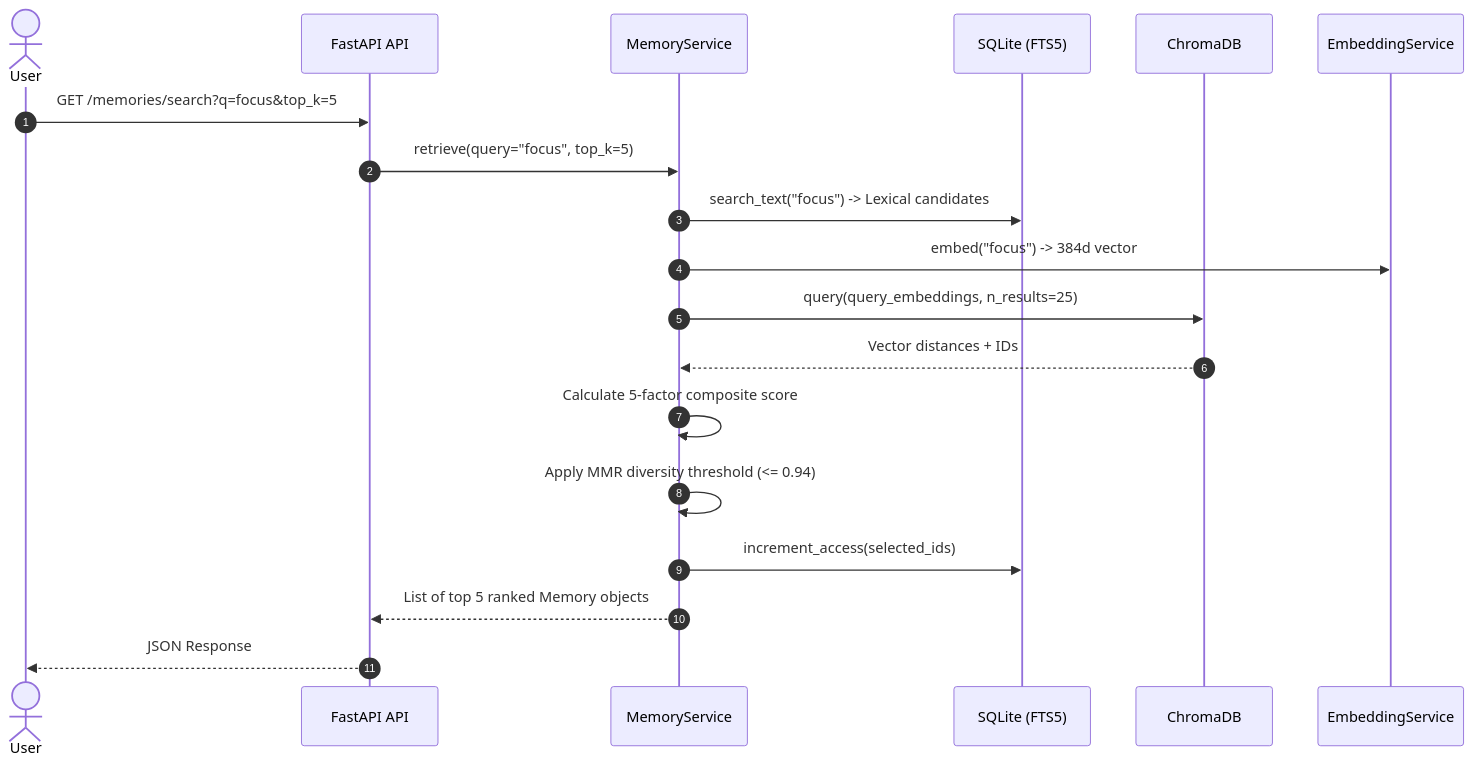
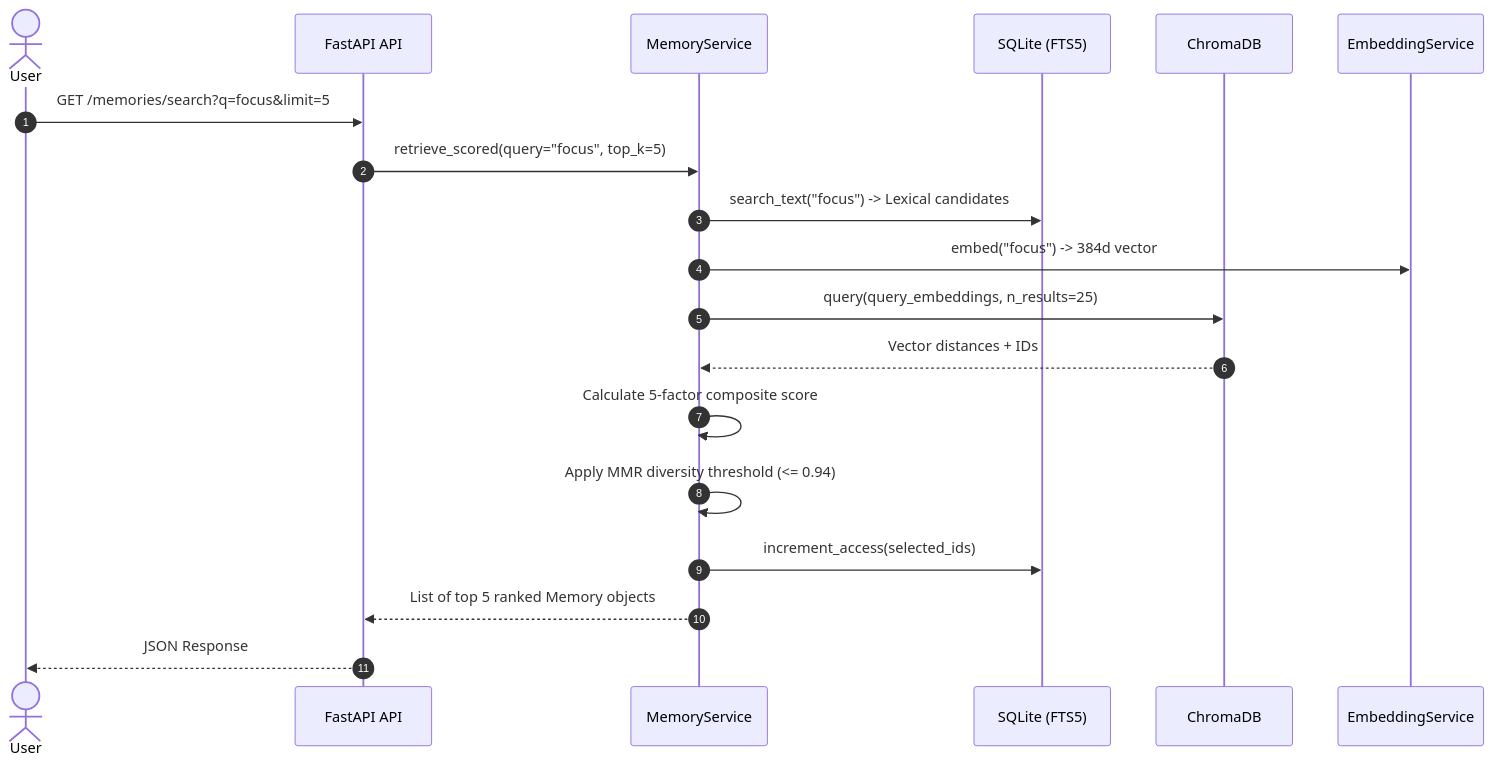
Before and after one commit to jegadeesh17/GoalOS: the second of 3 diagrams in docs/ARCHITECTURE_AND_SPECIFICATIONS.md, drawn with Mermaid. The commit also changed other lines of this file and 6 other files, not shown here.

````diff
--- a/docs/ARCHITECTURE_AND_SPECIFICATIONS.md
+++ b/docs/ARCHITECTURE_AND_SPECIFICATIONS.md
@@ -158,22 +161,22 @@
 ```mermaid
 sequenceDiagram
     autonumber
     actor User
     participant API as FastAPI API
     participant MS as MemoryService
     participant FTS as SQLite (FTS5)
     participant Chroma as ChromaDB
     participant Embed as EmbeddingService
 
-    User->>API: GET /memories/search?q=focus&top_k=5
-    API->>MS: retrieve(query="focus", top_k=5)
+    User->>API: GET /memories/search?q=focus&limit=5
+    API->>MS: retrieve_scored(query="focus", top_k=5)
     MS->>FTS: search_text("focus") -> Lexical candidates
     MS->>Embed: embed("focus") -> 384d vector
     MS->>Chroma: query(query_embeddings, n_results=25)
     Chroma-->>MS: Vector distances + IDs
     MS->>MS: Calculate 5-factor composite score
     MS->>MS: Apply MMR diversity threshold (<= 0.94)
     MS->>FTS: increment_access(selected_ids)
     MS-->>API: List of top 5 ranked Memory objects
     API-->>User: JSON Response
 ```
````
